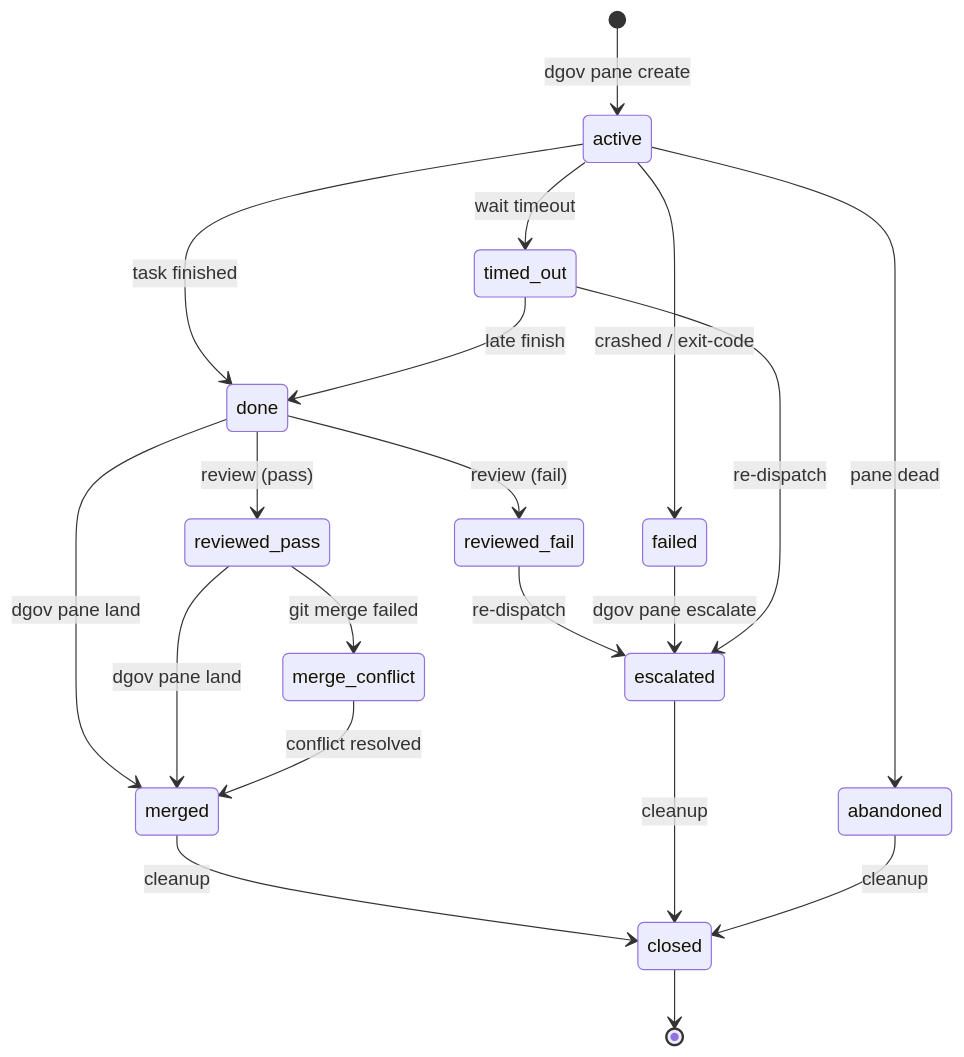
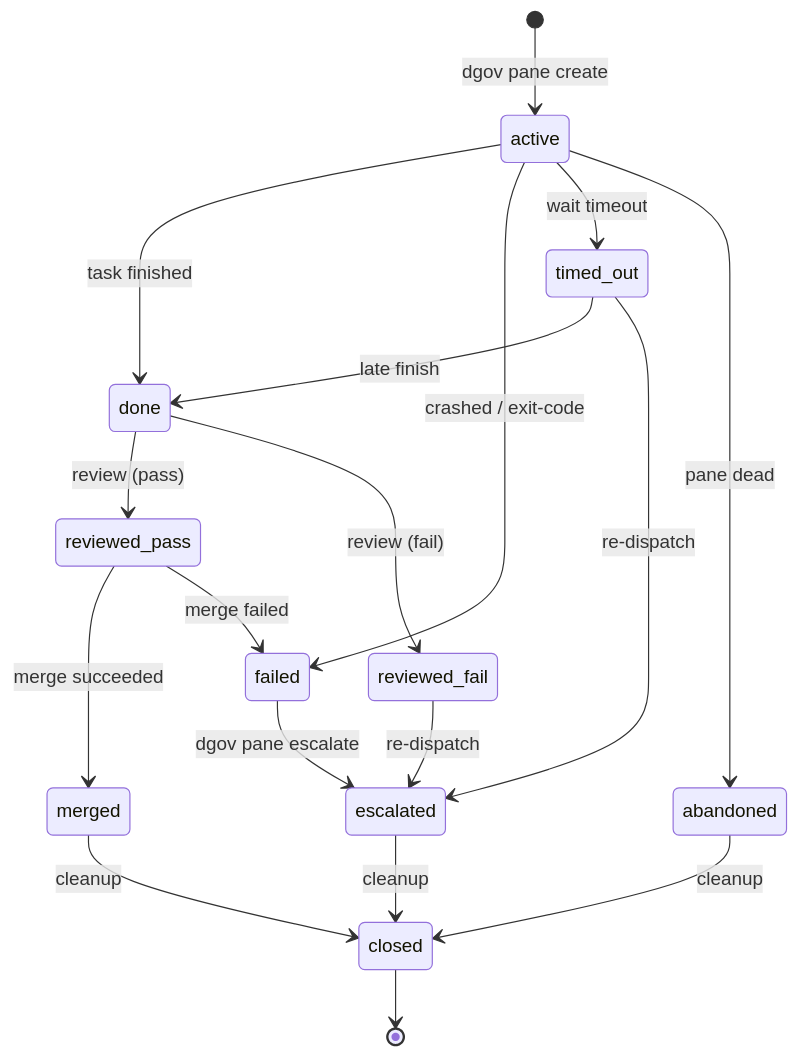
The diagram in README.md (jameshgrn/dgov), drawn with Mermaid before and after one commit. The commit also changed other lines of this file and 12 other files, not shown here.

First line of the commit message:
Enforce mandatory review before merge, remove merge_conflict state

````diff
--- a/README.md
+++ b/README.md
@@ -14,28 +14,26 @@
 ```mermaid
 stateDiagram-v2
     [*] --> active: dgov pane create
 
     active --> done: task finished
     active --> failed: crashed / exit-code
     active --> timed_out: wait timeout
     active --> abandoned: pane dead
 
     done --> reviewed_pass: review (pass)
     done --> reviewed_fail: review (fail)
-    done --> merged: dgov pane land
 
-    reviewed_pass --> merged: dgov pane land
-    reviewed_pass --> merge_conflict: git merge failed
+    reviewed_pass --> merged: merge succeeded
+    reviewed_pass --> failed: merge failed
     reviewed_fail --> escalated: re-dispatch
 
     failed --> escalated: dgov pane escalate
     timed_out --> done: late finish
     timed_out --> escalated: re-dispatch
-    merge_conflict --> merged: conflict resolved
 
     merged --> closed: cleanup
     escalated --> closed: cleanup
     abandoned --> closed: cleanup
 
     closed --> [*]
 ```
````
